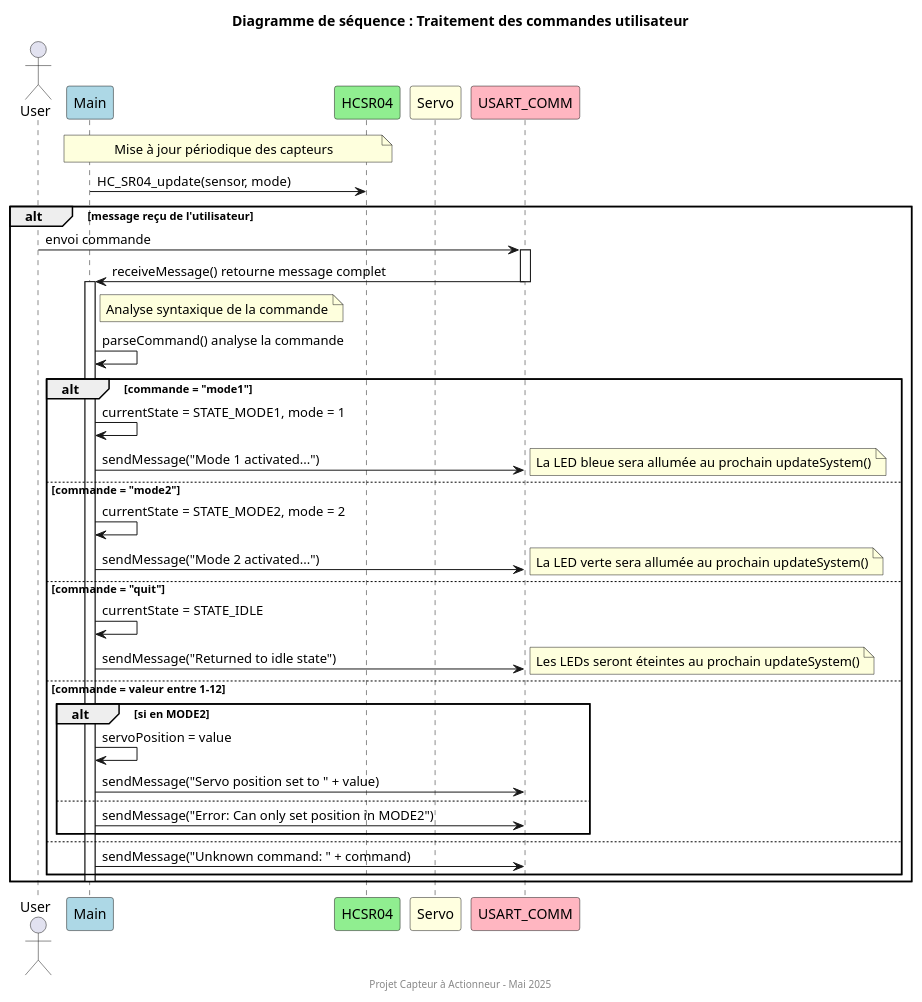
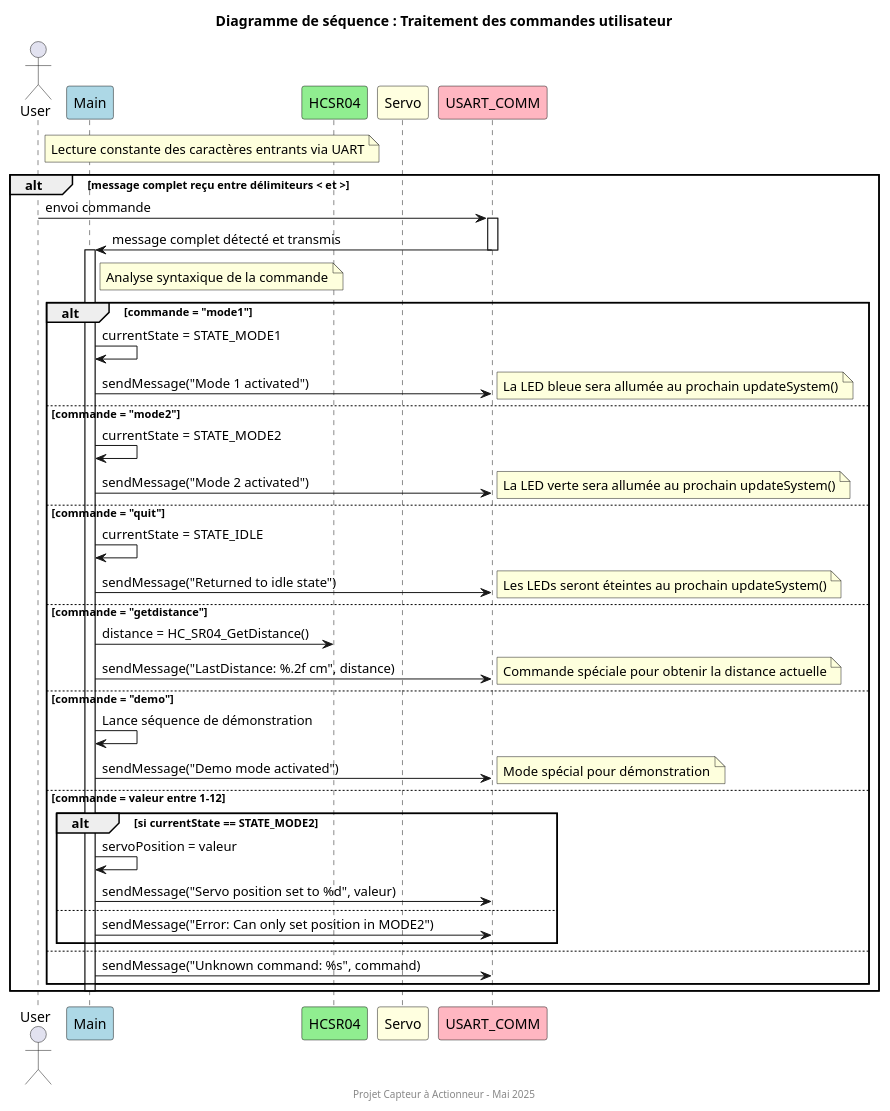
The diagram in doc-README/DS-CommandProcessing.puml (AzTaiiyoo/Capteur_actionneur), drawn with PlantUML before and after one commit. The commit also changed 7 other files, not shown here.

```diff
--- a/doc-README/DS-CommandProcessing.puml
+++ b/doc-README/DS-CommandProcessing.puml
@@ -1,54 +1,59 @@
 @startuml
 ' Participants (modules) avec descriptions plus précises
 actor "User" as User
 participant "Main" as Main #LightBlue
 participant "HCSR04" as HCSR04 #LightGreen
 participant "Servo" as Servo #LightYellow
 participant "USART_COMM" as USART #LightPink
 
 ' Titre en haut pour meilleure lisibilité
 title Diagramme de séquence : Traitement des commandes utilisateur
 
 ' Mise à jour initiale avec une note explicative
-note over Main, HCSR04: Mise à jour périodique des capteurs
-Main -> HCSR04: HC_SR04_update(sensor, mode)
+note over Main, HCSR04: Lecture constante des caractères entrants via UART
 
-' Communication série avec l'utilisateur
-alt message reçu de l'utilisateur
+alt message complet reçu entre délimiteurs < et >
   User -> USART: envoi commande
   activate USART
-  USART -> Main: receiveMessage() retourne message complet
+  USART -> Main: message complet détecté et transmis
   deactivate USART
   activate Main
   
   note right of Main: Analyse syntaxique de la commande
-  Main -> Main: parseCommand() analyse la commande
   
   alt commande = "mode1"
-    Main -> Main: currentState = STATE_MODE1, mode = 1
-    Main -> USART: sendMessage("Mode 1 activated...")
+    Main -> Main: currentState = STATE_MODE1
+    Main -> USART: sendMessage("Mode 1 activated")
     note right: La LED bleue sera allumée au prochain updateSystem()
   else commande = "mode2"
-    Main -> Main: currentState = STATE_MODE2, mode = 2
-    Main -> USART: sendMessage("Mode 2 activated...")
+    Main -> Main: currentState = STATE_MODE2
+    Main -> USART: sendMessage("Mode 2 activated")
     note right: La LED verte sera allumée au prochain updateSystem()
   else commande = "quit"
     Main -> Main: currentState = STATE_IDLE
     Main -> USART: sendMessage("Returned to idle state")
     note right: Les LEDs seront éteintes au prochain updateSystem()
+  else commande = "getdistance"
+    Main -> HCSR04: distance = HC_SR04_GetDistance()
+    Main -> USART: sendMessage("LastDistance: %.2f cm", distance)
+    note right: Commande spéciale pour obtenir la distance actuelle
+  else commande = "demo"
+    Main -> Main: Lance séquence de démonstration
+    Main -> USART: sendMessage("Demo mode activated")
+    note right: Mode spécial pour démonstration
   else commande = valeur entre 1-12
-    alt si en MODE2
-      Main -> Main: servoPosition = value
-      Main -> USART: sendMessage("Servo position set to " + value)
+    alt si currentState == STATE_MODE2
+      Main -> Main: servoPosition = valeur
+      Main -> USART: sendMessage("Servo position set to %d", valeur)
     else
       Main -> USART: sendMessage("Error: Can only set position in MODE2")
     end
   else
-    Main -> USART: sendMessage("Unknown command: " + command)
+    Main -> USART: sendMessage("Unknown command: %s", command)
   end
   deactivate Main
 end
 
 footer Projet Capteur à Actionneur – Mai 2025
 
 @enduml
```
